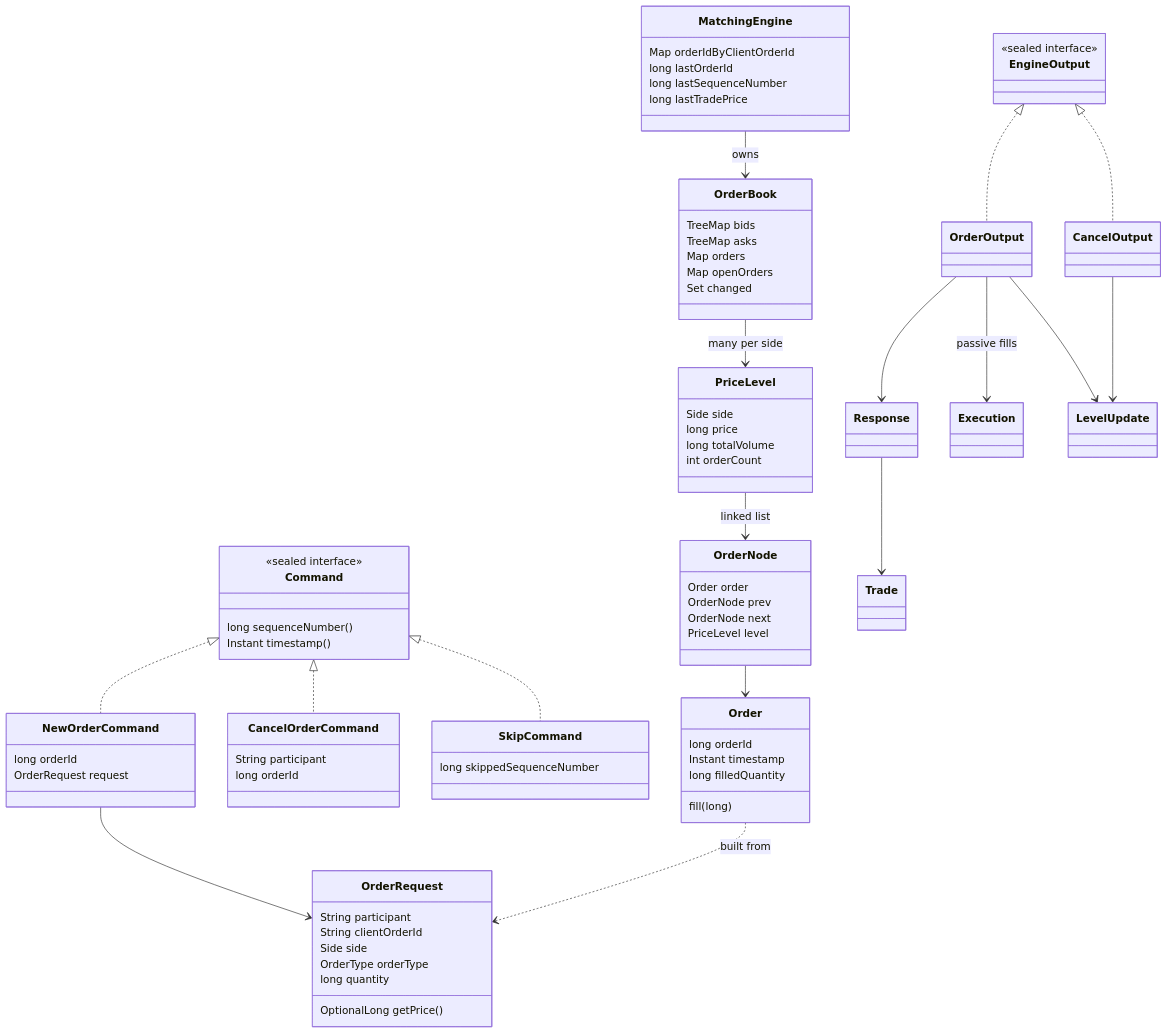
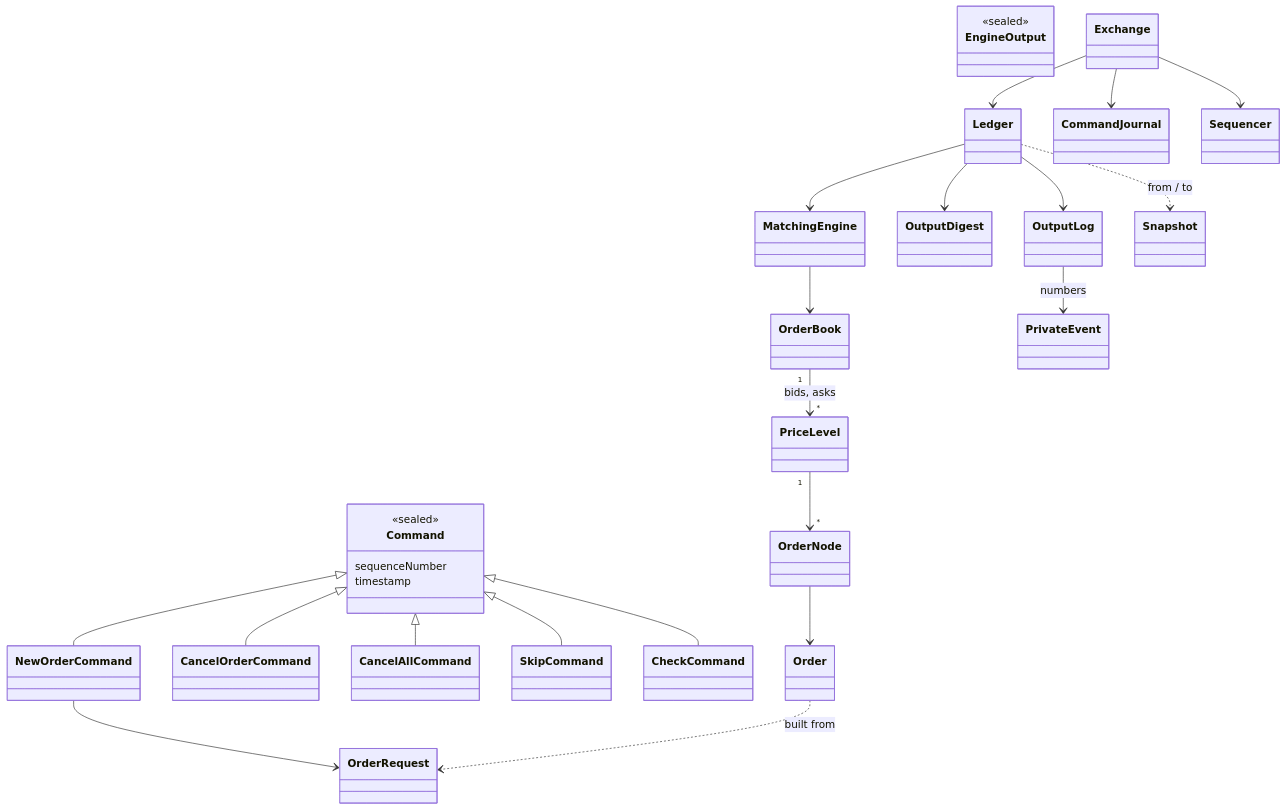
Before and after one commit to SampannaNampalli/ExchangeSystem: the first of 4 diagrams in docs/understanding/06-data-and-state.md, drawn with Mermaid. The commit also changed other lines of this file and 30 other files, not shown here.

````diff
--- a/docs/understanding/06-data-and-state.md
+++ b/docs/understanding/06-data-and-state.md
@@ -138,83 +90,46 @@
 ```mermaid
 classDiagram
-    class OrderRequest {
-        String participant
-        String clientOrderId
-        Side side
-        OrderType orderType
-        long quantity
-        OptionalLong getPrice()
+    class OrderRequest
+    class Order
+    class Command {
+      <<sealed>>
+      sequenceNumber
+      timestamp
     }
-    class Order {
-        long orderId
-        Instant timestamp
-        long filledQuantity
-        fill(long)
-    }
-    class Command {
-        <<sealed interface>>
-        long sequenceNumber()
-        Instant timestamp()
-    }
-    class NewOrderCommand {
-        long orderId
-        OrderRequest request
-    }
-    class CancelOrderCommand {
-        String participant
-        long orderId
-    }
-    class SkipCommand {
-        long skippedSequenceNumber
-    }
-    class OrderBook {
-        TreeMap bids
-        TreeMap asks
-        Map orders
-        Map openOrders
-        Set changed
-    }
-    class PriceLevel {
-        Side side
-        long price
-        long totalVolume
-        int orderCount
-    }
-    class OrderNode {
-        Order order
-        OrderNode prev
-        OrderNode next
-        PriceLevel level
-    }
-    class MatchingEngine {
-        Map orderIdByClientOrderId
-        long lastOrderId
-        long lastSequenceNumber
-        long lastTradePrice
-    }
-    class EngineOutput {
-        <<sealed interface>>
-    }
-    class OrderOutput
-    class CancelOutput
-    class Response
-    class Trade
-    class Execution
-    class LevelUpdate
-    Command <|.. NewOrderCommand
-    Command <|.. CancelOrderCommand
-    Command <|.. SkipCommand
+    class NewOrderCommand
+    class CancelOrderCommand
+    class CancelAllCommand
+    class SkipCommand
+    class CheckCommand
+    Command <|-- NewOrderCommand
+    Command <|-- CancelOrderCommand
+    Command <|-- CancelAllCommand
+    Command <|-- SkipCommand
+    Command <|-- CheckCommand
     NewOrderCommand --> OrderRequest
     Order ..> OrderRequest : built from
-    MatchingEngine --> OrderBook : owns
-    OrderBook --> PriceLevel : many per side
-    PriceLevel --> OrderNode : linked list
+    class OrderBook
+    class PriceLevel
+    class OrderNode
+    OrderBook "1" --> "*" PriceLevel : bids, asks
+    PriceLevel "1" --> "*" OrderNode
     OrderNode --> Order
-    EngineOutput <|.. OrderOutput
-    EngineOutput <|.. CancelOutput
-    OrderOutput --> Response
-    OrderOutput --> Execution : passive fills
-    Response --> Trade
-    OrderOutput --> LevelUpdate
-    CancelOutput --> LevelUpdate
+    class MatchingEngine
+    MatchingEngine --> OrderBook
+    class EngineOutput {
+      <<sealed>>
+    }
+    class Ledger
+    class OutputDigest
+    class OutputLog
+    Ledger --> MatchingEngine
+    Ledger --> OutputDigest
+    Ledger --> OutputLog
+    OutputLog --> PrivateEvent : numbers
+    class Exchange
+    Exchange --> Ledger
+    Exchange --> CommandJournal
+    Exchange --> Sequencer
+    class Snapshot
+    Ledger ..> Snapshot : from / to
 ```
````
